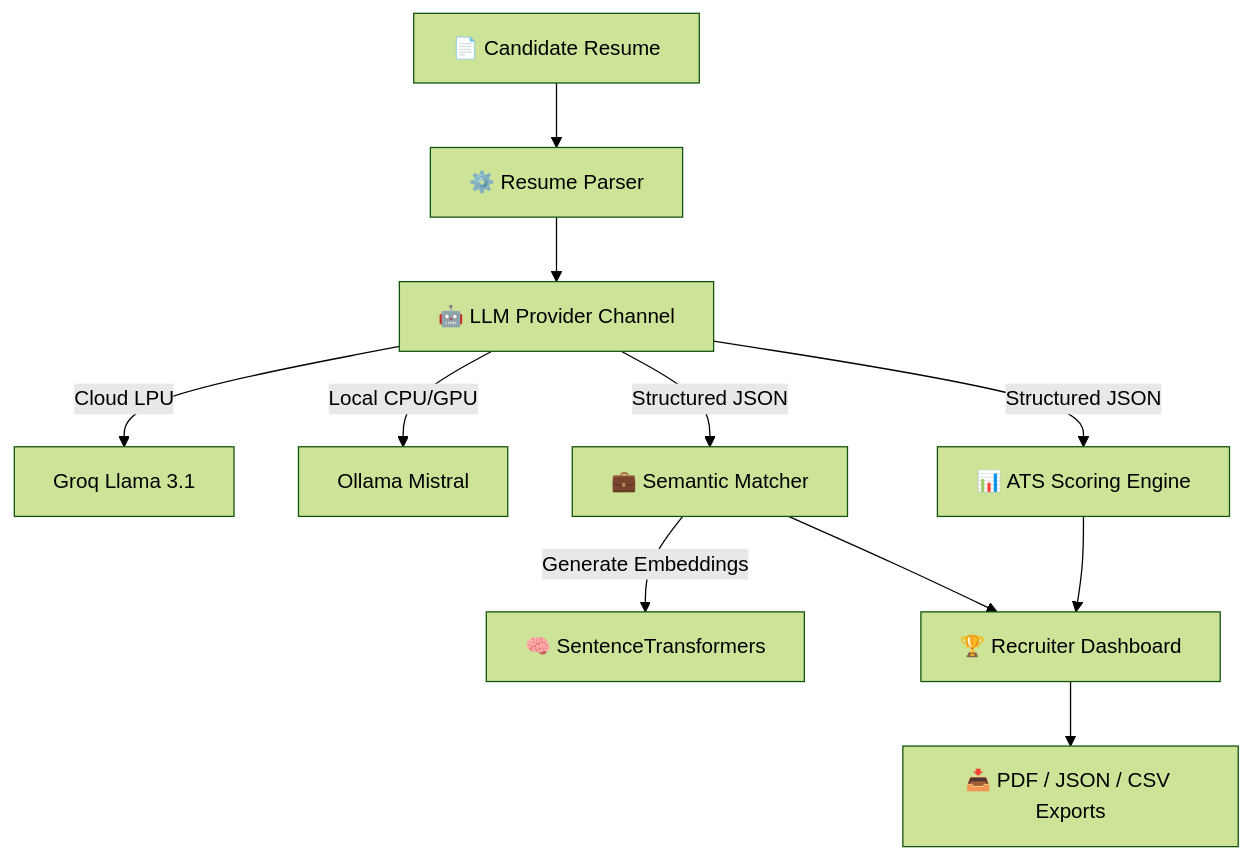
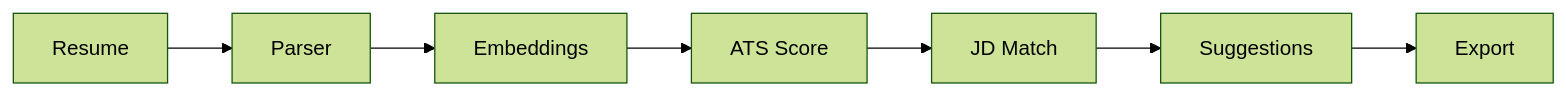
Before and after one commit to kritika038/resume-parser-llm: the diagram in README.md, drawn with Mermaid (forest theme). The commit also changed other lines of this file, not shown here.

Commit message:
docs: update README.md to match clean outline

````diff
--- a/README.md
+++ b/README.md
@@ -52,13 +52,9 @@
 ```mermaid
-graph TD
-    Resume[📄 Candidate Resume] --> Parser[⚙️ Resume Parser]
-    Parser --> LLM[🤖 LLM Provider Channel]
-    LLM -->|Cloud LPU| Groq[Groq Llama 3.1]
-    LLM -->|Local CPU/GPU| Ollama[Ollama Mistral]
-    LLM -->|Structured JSON| ATS[📊 ATS Scoring Engine]
-    LLM -->|Structured JSON| Semantic[💼 Semantic Matcher]
-    Semantic -->|Generate Embeddings| Embedding[🧠 SentenceTransformers]
-    ATS --> Dashboard[🏆 Recruiter Dashboard]
-    Semantic --> Dashboard
-    Dashboard --> Export[📥 PDF / JSON / CSV Exports]
+graph LR
+    Resume[Resume] --> Parser[Parser]
+    Parser --> Embeddings[Embeddings]
+    Embeddings --> ATS[ATS Score]
+    ATS --> JD[JD Match]
+    JD --> Suggestions[Suggestions]
+    Suggestions --> Export[Export]
 ```
````
